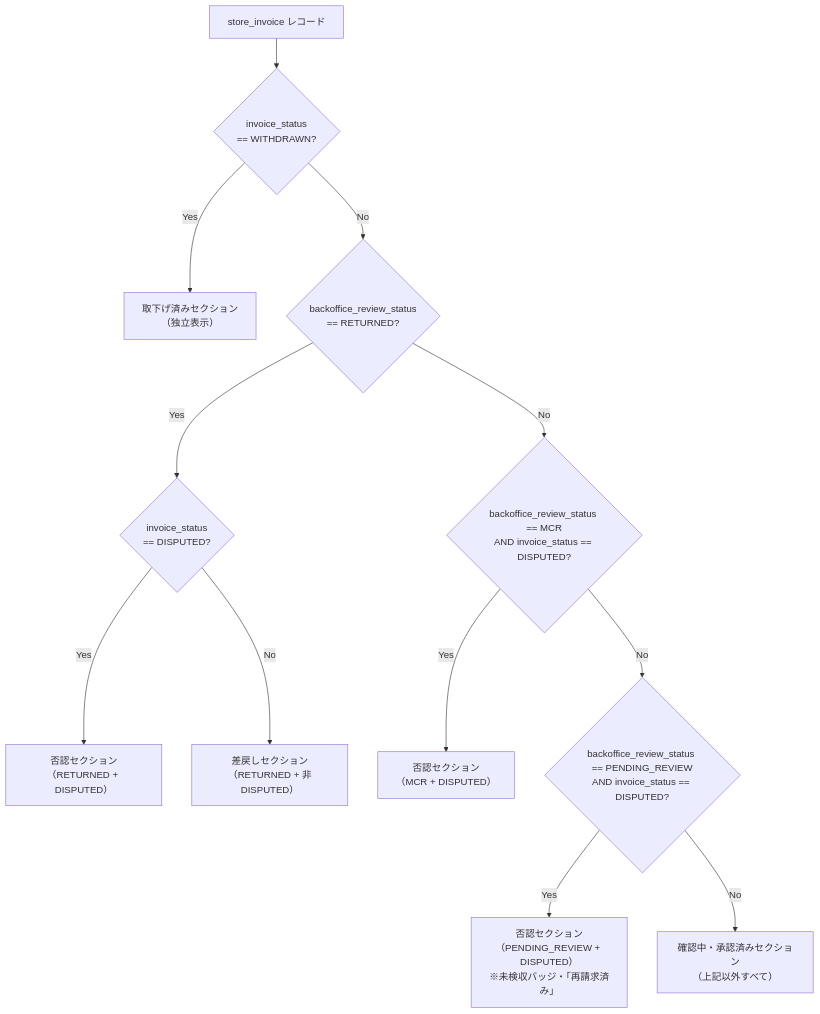
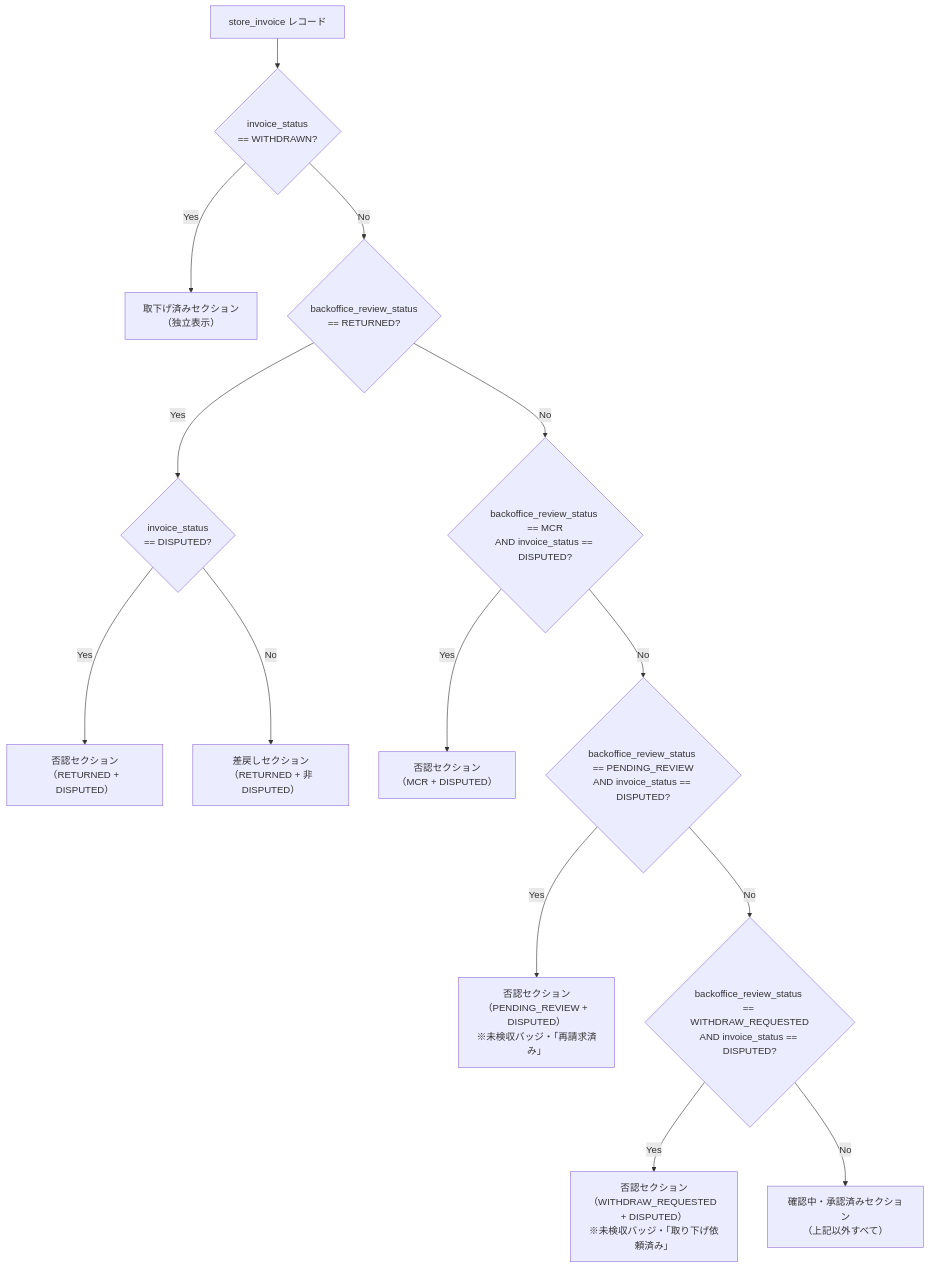
One commit to USEN-PAY-Products/connect-wholesale-gas-poc changed the second of 17 diagrams in docs/specifications/04_detail_page.md. Above: the diagram before and after it, drawn with Mermaid. The commit also changed other lines of this file and 11 other files, not shown here.

````diff
--- a/docs/specifications/04_detail_page.md
+++ b/docs/specifications/04_detail_page.md
@@ -96,14 +97,16 @@
 ```mermaid
 flowchart TD
     A["store_invoice レコード"] --> B{"invoice_status\n== WITHDRAWN?"}
     B -- Yes --> W["取下げ済みセクション\n（独立表示）"]
     B -- No --> C{"backoffice_review_status\n== RETURNED?"}
     C -- Yes --> D{"invoice_status\n== DISPUTED?"}
     D -- Yes --> E["否認セクション\n（RETURNED + DISPUTED）"]
     D -- No --> F["差戻しセクション\n（RETURNED + 非DISPUTED）"]
     C -- No --> G{"backoffice_review_status == MCR\nAND invoice_status == DISPUTED?"}
     G -- Yes --> H["否認セクション\n（MCR + DISPUTED）"]
     G -- No --> I{"backoffice_review_status == PENDING_REVIEW\nAND invoice_status == DISPUTED?"}
     I -- Yes --> J["否認セクション\n（PENDING_REVIEW + DISPUTED）\n※未検収バッジ・「再請求済み」"]
-    I -- No --> K["確認中・承認済みセクション\n（上記以外すべて）"]
+    I -- No --> L{"backoffice_review_status == WITHDRAW_REQUESTED\nAND invoice_status == DISPUTED?"}
+    L -- Yes --> M["否認セクション\n（WITHDRAW_REQUESTED + DISPUTED）\n※未検収バッジ・「取り下げ依頼済み」"]
+    L -- No --> K["確認中・承認済みセクション\n（上記以外すべて）"]
 ```
````
